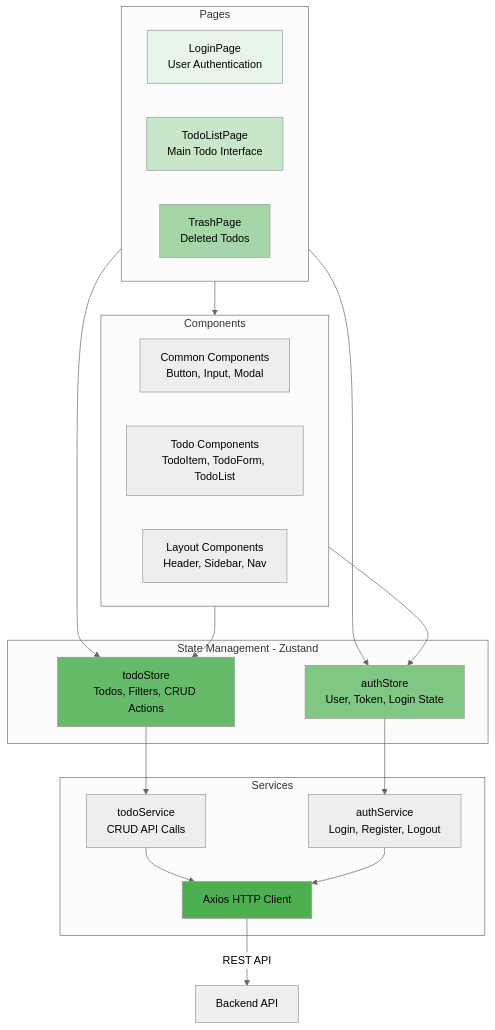
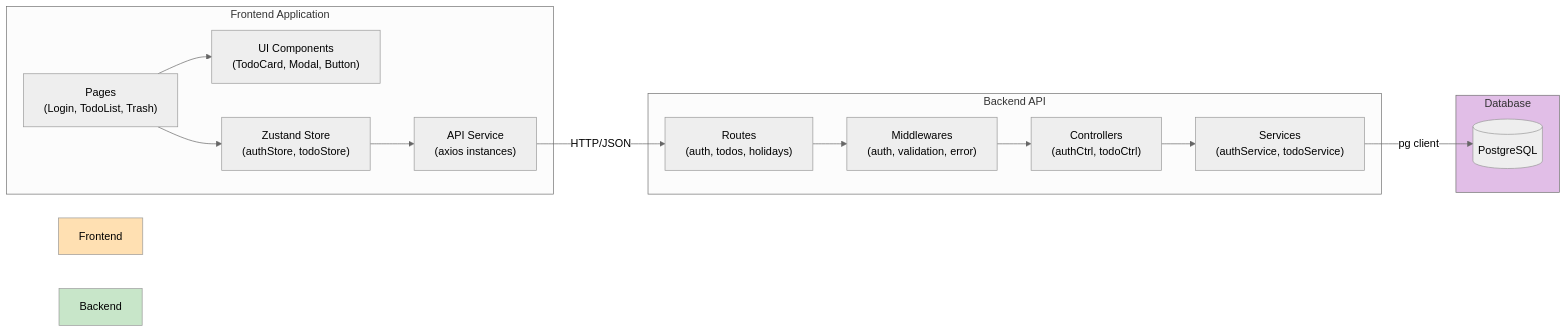
Before and after one commit to igkim2014/igk-todolist: the second of 7 diagrams in docs/5-arch-diagram.md, drawn with Mermaid (neutral theme). The commit also changed other lines of this file and 60 other files, not shown here.

````diff
--- a/docs/5-arch-diagram.md
+++ b/docs/5-arch-diagram.md
@@ -155,47 +98,35 @@
 ```mermaid
-graph TB
-    subgraph "Pages"
-        LoginPage[LoginPage<br/>User Authentication]
-        TodoListPage[TodoListPage<br/>Main Todo Interface]
-        TrashPage[TrashPage<br/>Deleted Todos]
+graph LR
+    subgraph "Frontend Application"
+        UI["UI Components<br/>(TodoCard, Modal, Button)"]
+        Pages["Pages<br/>(Login, TodoList, Trash)"]
+        Store["Zustand Store<br/>(authStore, todoStore)"]
+        API["API Service<br/>(axios instances)"]
+
+        Pages --> UI
+        Pages --> Store
+        Store --> API
     end
 
-    subgraph "Components"
-        Common[Common Components<br/>Button, Input, Modal]
-        TodoComponents[Todo Components<br/>TodoItem, TodoForm, TodoList]
-        Layout[Layout Components<br/>Header, Sidebar, Nav]
+    subgraph "Backend API"
+        Routes["Routes<br/>(auth, todos, holidays)"]
+        MW["Middlewares<br/>(auth, validation, error)"]
+        Ctrl["Controllers<br/>(authCtrl, todoCtrl)"]
+        Svc["Services<br/>(authService, todoService)"]
+
+        Routes --> MW
+        MW --> Ctrl
+        Ctrl --> Svc
     end
 
-    subgraph "State Management - Zustand"
-        AuthStore[authStore<br/>User, Token, Login State]
-        TodoStore[todoStore<br/>Todos, Filters, CRUD Actions]
+    subgraph "Database"
+        DB[(PostgreSQL)]
     end
 
-    subgraph "Services"
-        AuthService[authService<br/>Login, Register, Logout]
-        TodoService[todoService<br/>CRUD API Calls]
-        API[Axios HTTP Client]
-    end
+    API -->|HTTP/JSON| Routes
+    Svc -->|pg client| DB
 
-    Pages --> Components
-    Pages --> AuthStore
-    Pages --> TodoStore
-
-    Components --> AuthStore
-    Components --> TodoStore
-
-    TodoStore --> TodoService
-    AuthStore --> AuthService
-
-    TodoService --> API
-    AuthService --> API
-
-    API -->|REST API| Backend[Backend API]
-
-    style LoginPage fill:#e8f5e9
-    style TodoListPage fill:#c8e6c9
-    style TrashPage fill:#a5d6a7
-    style AuthStore fill:#81c784
-    style TodoStore fill:#66bb6a
-    style API fill:#4caf50
+    style Frontend fill:#FFE0B2
+    style Backend fill:#C8E6C9
+    style Database fill:#E1BEE7
 ```
````
